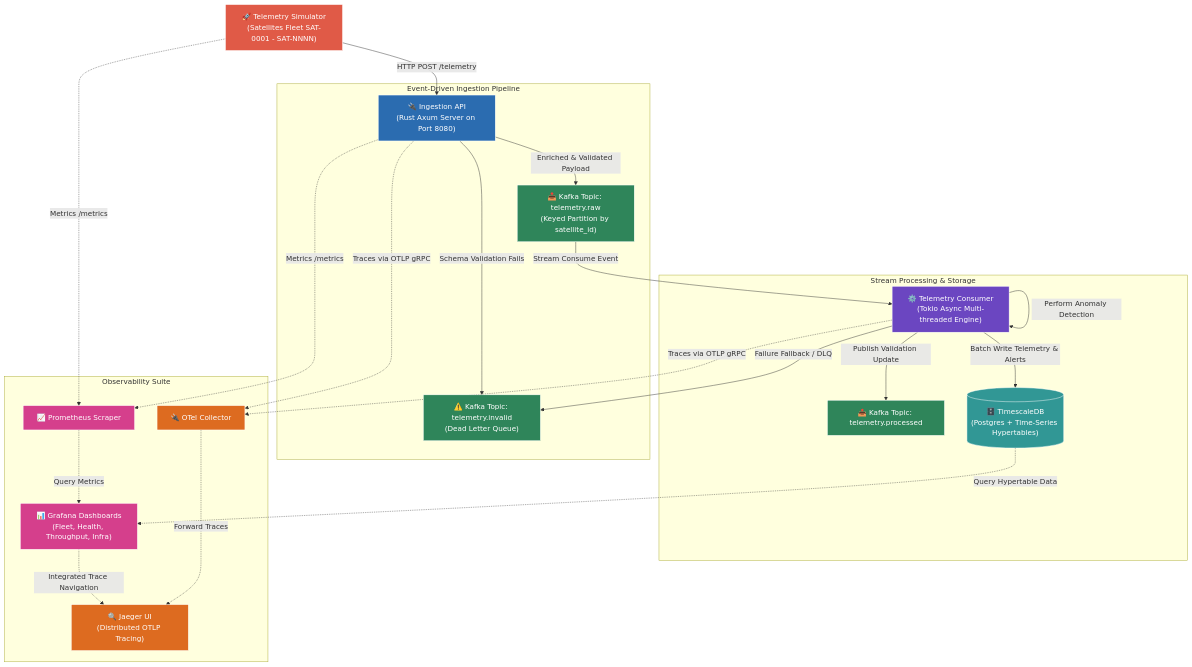
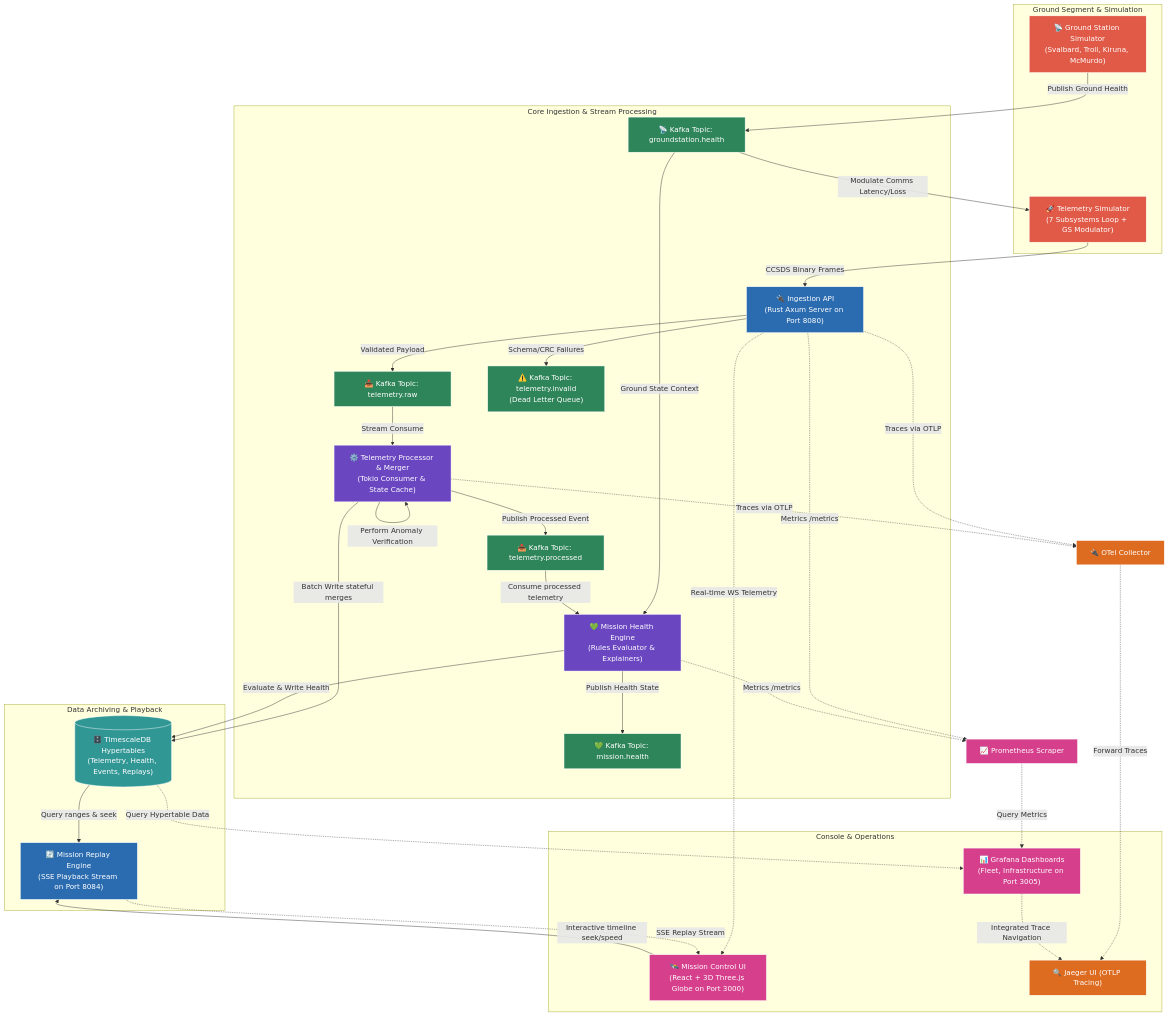
Before and after one commit to sarkarbikram90/OrbitLogs: the diagram in README.md, drawn with Mermaid. The commit also changed other lines of this file and 1 other file, not shown here.

Commit message:
docs: Update README.md with system architecture, detailed feature summary, and visual dashboard asset

````diff
--- a/README.md
+++ b/README.md
@@ -26,55 +42,79 @@
     classDef trace fill:#DD6B20,stroke:#FFF,stroke-width:1px,color:#FFF;
 
     %% Nodes
-    SIM["🚀 Telemetry Simulator<br/>(Satellites Fleet SAT-0001 - SAT-NNNN)"]:::simulator
+    SIM["🚀 Telemetry Simulator<br/>(7 Subsystems Loop + GS Modulator)"]:::simulator
+    GS_SIM["📡 Ground Station Simulator<br/>(Svalbard, Troll, Kiruna, McMurdo)"]:::simulator
     API["🔌 Ingestion API<br/>(Rust Axum Server on Port 8080)"]:::api
-    K_RAW["📥 Kafka Topic: telemetry.raw<br/>(Keyed Partition by satellite_id)"]:::broker
+    K_RAW["📥 Kafka Topic: telemetry.raw"]:::broker
     K_PROC["📤 Kafka Topic: telemetry.processed"]:::broker
+    K_HLTH["💚 Kafka Topic: mission.health"]:::broker
+    K_GS_HLTH["📡 Kafka Topic: groundstation.health"]:::broker
     K_DLQ["⚠️ Kafka Topic: telemetry.invalid<br/>(Dead Letter Queue)"]:::broker
-    CON["⚙️ Telemetry Consumer<br/>(Tokio Async Multi-threaded Engine)"]:::consumer
-    TSDB[("🗄️ TimescaleDB<br/>(Postgres + Time-Series Hypertables)")]:::db
-    GRA["📊 Grafana Dashboards<br/>(Fleet, Health, Throughput, Infra)"]:::visual
+    COL["⚙️ Telemetry Processor & Merger<br/>(Tokio Consumer & State Cache)"]:::consumer
+    HLTH["💚 Mission Health Engine<br/>(Rules Evaluator & Explainers)"]:::consumer
+    TSDB[("🗄️ TimescaleDB Hypertables<br/>(Telemetry, Health, Events, Replays)")]:::db
+    REPLAY["🔄 Mission Replay Engine<br/>(SSE Playback Stream on Port 8084)"]:::api
+    UI["🛰️ Mission Control UI<br/>(React + 3D Three.js Globe on Port 3000)"]:::visual
     PROM["📈 Prometheus Scraper"]:::visual
-    JAEG["🔍 Jaeger UI<br/>(Distributed OTLP Tracing)"]:::trace
+    GRA["📊 Grafana Dashboards<br/>(Fleet, Infrastructure on Port 3005)"]:::visual
     OTEL["🔌 OTel Collector"]:::trace
+    JAEG["🔍 Jaeger UI (OTLP Tracing)"]:::trace
 
     %% Data Flow Connections
-    SIM -->|HTTP POST /telemetry| API
-    API -->|Schema Validation Fails| K_DLQ
-    API -->|Enriched & Validated Payload| K_RAW
-    K_RAW -->|Stream Consume Event| CON
-    CON -->|Perform Anomaly Detection| CON
-    CON -->|Batch Write Telemetry & Alerts| TSDB
-    CON -->|Publish Validation Update| K_PROC
-    CON -->|Failure Fallback / DLQ| K_DLQ
-
+    SIM -->|CCSDS Binary Frames| API
+    API -->|Schema/CRC Failures| K_DLQ
+    API -->|Validated Payload| K_RAW
+    GS_SIM -->|Publish Ground Health| K_GS_HLTH
+    K_GS_HLTH -->|Modulate Comms Latency/Loss| SIM
+    K_GS_HLTH -->|Ground State Context| HLTH
+    K_RAW -->|Stream Consume| COL
+    COL -->|Perform Anomaly Verification| COL
+    COL -->|Batch Write stateful merges| TSDB
+    COL -->|Publish Processed Event| K_PROC
+    K_PROC -->|Consume processed telemetry| HLTH
+    HLTH -->|Evaluate & Write Health| TSDB
+    HLTH -->|Publish Health State| K_HLTH
+    
+    %% Playback and Console Live UI
+    API -.->|Real-time WS Telemetry| UI
+    REPLAY -.->|SSE Replay Stream| UI
+    TSDB -->|Query ranges & seek| REPLAY
+    UI -->|Interactive timeline seek/speed| REPLAY
+    
     %% Observability Scrapes & Connections
     API -.->|Metrics /metrics| PROM
-    SIM -.->|Metrics /metrics| PROM
+    HLTH -.->|Metrics /metrics| PROM
     PROM -.->|Query Metrics| GRA
     TSDB -.->|Query Hypertable Data| GRA
-    API -.->|Traces via OTLP gRPC| OTEL
-    CON -.->|Traces via OTLP gRPC| OTEL
+    API -.->|Traces via OTLP| OTEL
+    COL -.->|Traces via OTLP| OTEL
     OTEL -.->|Forward Traces| JAEG
     GRA -.->|Integrated Trace Navigation| JAEG
 
-    %% Legend / Subgraph for Organization
-    subgraph Event-Driven Ingestion Pipeline
+    subgraph Ground Segment & Simulation
+        SIM
+        GS_SIM
+    end
+
+    subgraph Core Ingestion & Stream Processing
         API
         K_RAW
         K_DLQ
+        COL
+        K_PROC
+        HLTH
+        K_HLTH
+        K_GS_HLTH
     end
 
-    subgraph Stream Processing & Storage
-        CON
+    subgraph Data Archiving & Playback
         TSDB
-        K_PROC
+        REPLAY
     end
 
-    subgraph Observability Suite
-        PROM
+    subgraph Console & Operations
+        UI
         GRA
-        OTEL
         JAEG
     end
 ```
````
